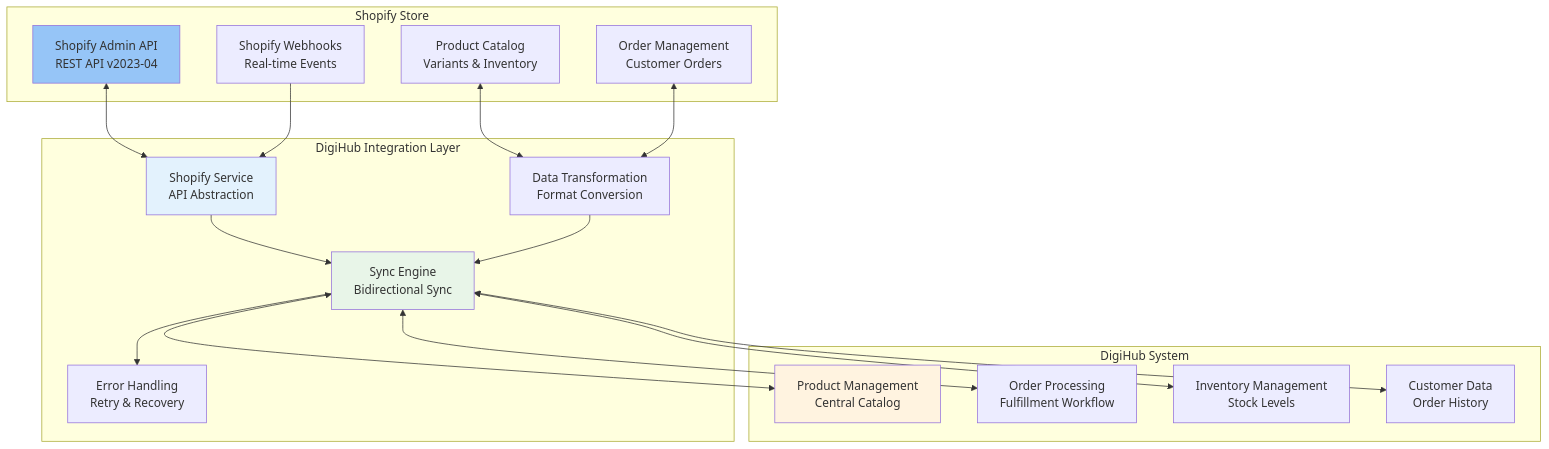
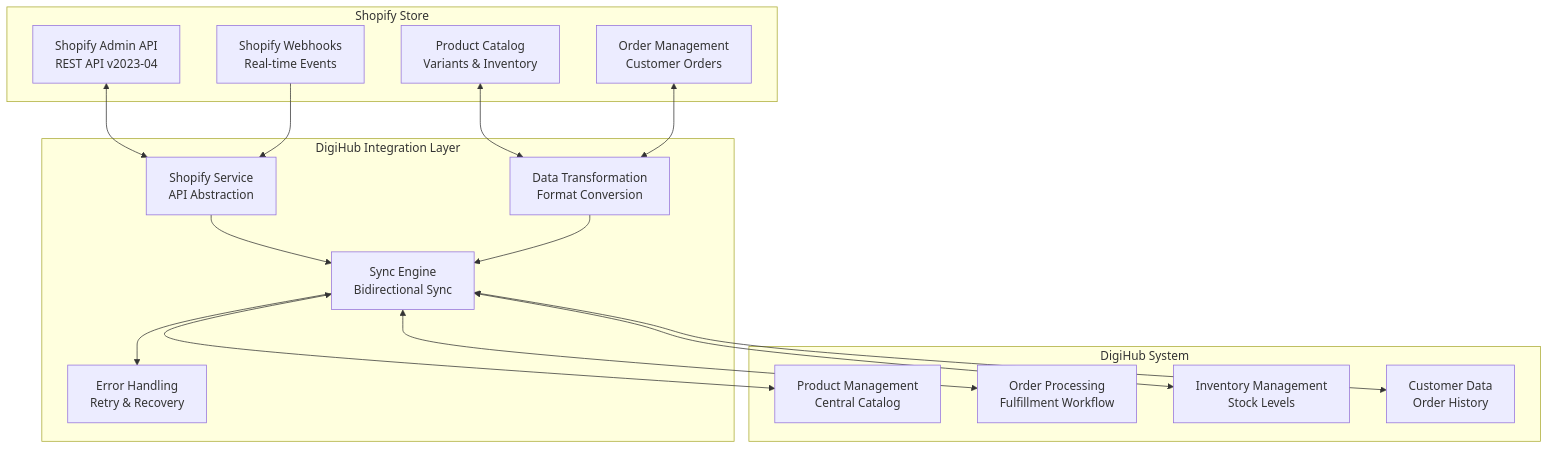
One commit to sandeepkumar0801/Digihub changed the sixth of 44 diagrams in README.md. Above: the diagram before and after it, drawn with Mermaid. The commit also changed other lines of this file, not shown here.

Commit message:
update diagram index

````diff
--- a/README.md
+++ b/README.md
@@ -1148,42 +1051,42 @@
 ```mermaid
 graph TD
     subgraph "Shopify Store"
         A[Shopify Admin API<br/>REST API v2023-04]
         B[Shopify Webhooks<br/>Real-time Events]
         C[Product Catalog<br/>Variants & Inventory]
         D[Order Management<br/>Customer Orders]
     end
 
     subgraph "DigiHub Integration Layer"
         E[Shopify Service<br/>API Abstraction]
         F[Data Transformation<br/>Format Conversion]
         G[Sync Engine<br/>Bidirectional Sync]
         H[Error Handling<br/>Retry & Recovery]
     end
 
     subgraph "DigiHub System"
         I[Product Management<br/>Central Catalog]
         J[Order Processing<br/>Fulfillment Workflow]
         K[Inventory Management<br/>Stock Levels]
         L[Customer Data<br/>Order History]
     end
 
     A <--> E
     B --> E
     C <--> F
     D <--> F
 
     E --> G
     F --> G
     G --> H
 
     G <--> I
     G <--> J
     G <--> K
     G <--> L
 
-    style A fill:#96c5f7
-    style E fill:#e3f2fd
-    style G fill:#e8f5e8
-    style I fill:#fff3e0
+
+
+
+
 ```
````
